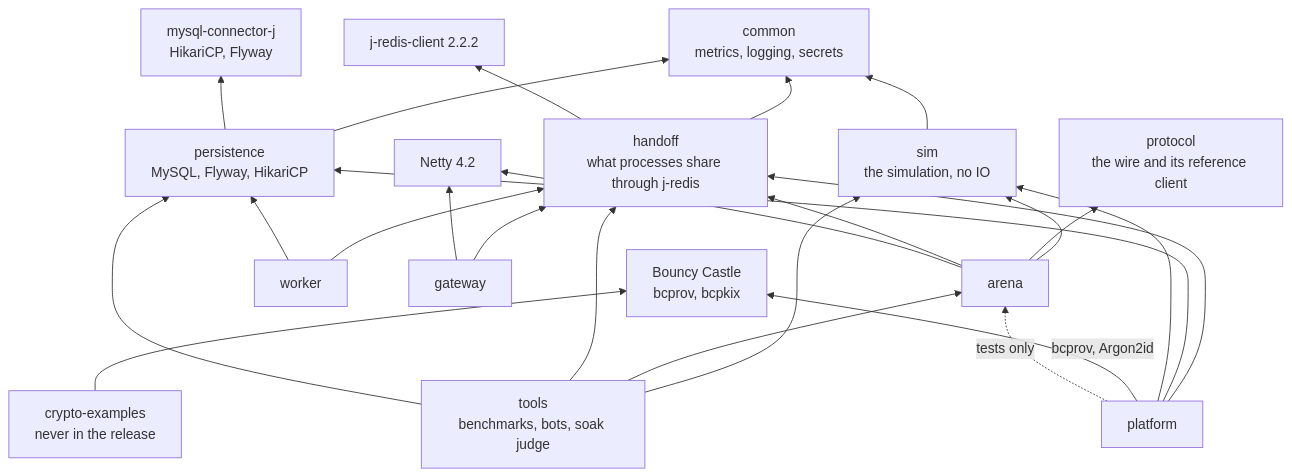
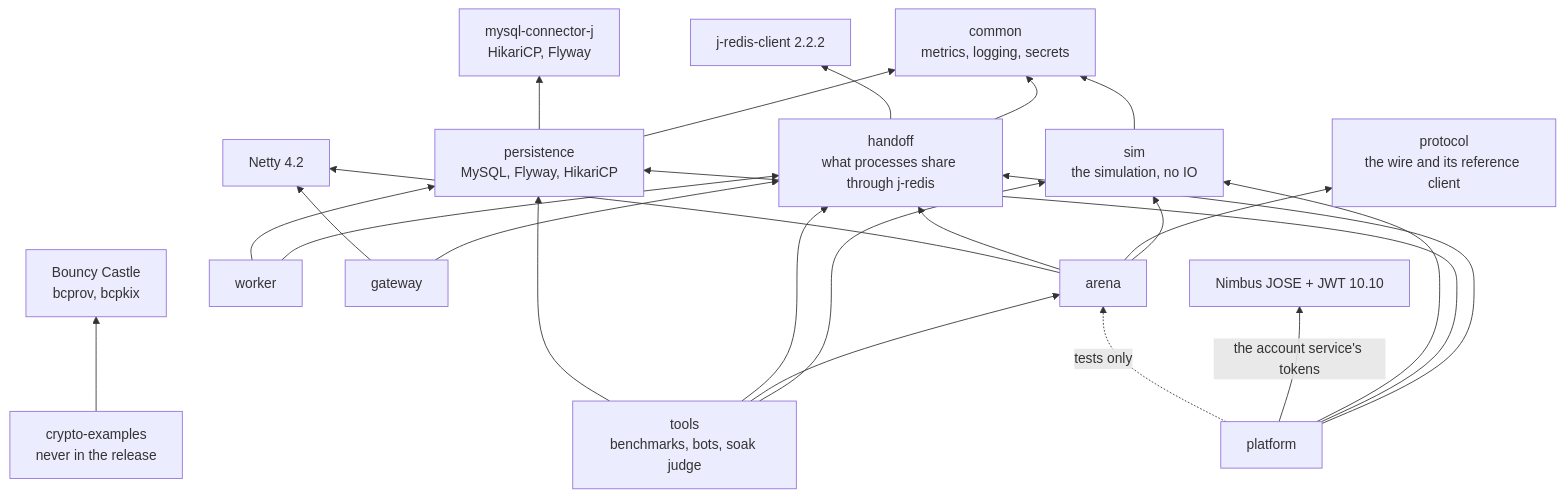
One commit to greensoft-atom/depio-simulation-platform changed the third of 6 diagrams in docs/diagrams/01-system.md. Above: the diagram before and after it, drawn with Mermaid. The commit also changed other lines of this file and 92 other files, not shown here.

````diff
--- a/docs/diagrams/01-system.md
+++ b/docs/diagrams/01-system.md
@@ -117,41 +119,42 @@
 ```mermaid
 flowchart BT
     common["common<br/>metrics, logging, secrets"]
     protocol["protocol<br/>the wire and its reference client"]
     sim["sim<br/>the simulation, no IO"]
     handoff["handoff<br/>what processes share through j-redis"]
     persistence["persistence<br/>MySQL, Flyway, HikariCP"]
     arena["arena"]
     platform["platform"]
     worker["worker"]
     gateway["gateway"]
     tools["tools<br/>benchmarks, bots, soak judge"]
     cx["crypto-examples<br/>never in the release"]
     jredis["j-redis-client 2.2.2"]
     netty["Netty 4.2"]
     mysqllibs["mysql-connector-j<br/>HikariCP, Flyway"]
     bc["Bouncy Castle<br/>bcprov, bcpkix"]
+    nimbus["Nimbus JOSE + JWT 10.10"]
     sim --> common
     handoff --> common
     handoff --> jredis
     persistence --> common
     persistence --> mysqllibs
     arena --> sim
     arena --> protocol
     arena --> handoff
     arena --> netty
     gateway --> handoff
     gateway --> netty
     platform --> handoff
     platform --> persistence
     platform --> sim
-    platform -->|"bcprov, Argon2id"| bc
+    platform -->|"the account service's tokens"| nimbus
     platform -.->|"tests only"| arena
     worker --> handoff
     worker --> persistence
     tools --> sim
     tools --> arena
     tools --> handoff
     tools --> persistence
     cx --> bc
 ```
````
